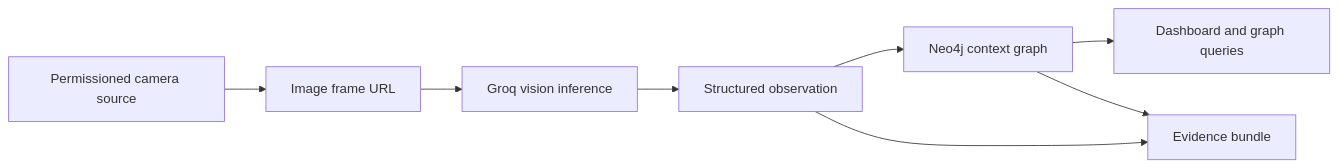
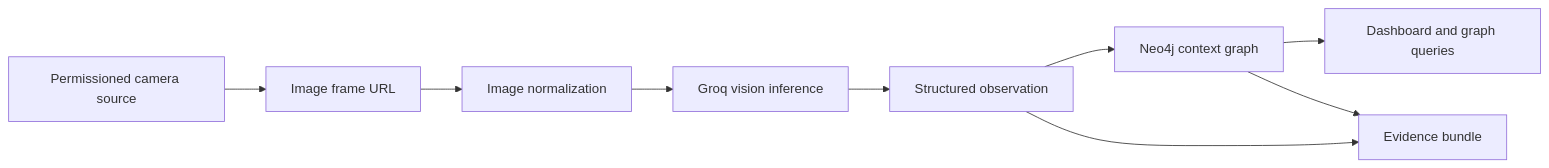
One commit to rahshank/conservation-signal-graph changed the diagram in docs/context/Pipeline_Explainer.md. Above: the diagram before and after it, drawn with Mermaid. The commit also changed other lines of this file and 3 other files, not shown here.

````diff
--- a/docs/context/Pipeline_Explainer.md
+++ b/docs/context/Pipeline_Explainer.md
@@ -10,10 +10,11 @@
 ```mermaid
 flowchart LR
   A["Permissioned camera source"] --> B["Image frame URL"]
-  B --> C["Groq vision inference"]
-  C --> D["Structured observation"]
-  D --> E["Neo4j context graph"]
-  E --> F["Dashboard and graph queries"]
-  D --> G["Evidence bundle"]
-  E --> G
+  B --> C["Image normalization"]
+  C --> D["Groq vision inference"]
+  D --> E["Structured observation"]
+  E --> F["Neo4j context graph"]
+  F --> G["Dashboard and graph queries"]
+  E --> H["Evidence bundle"]
+  F --> H
 ```
````
